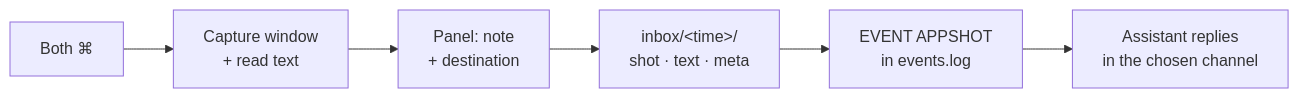
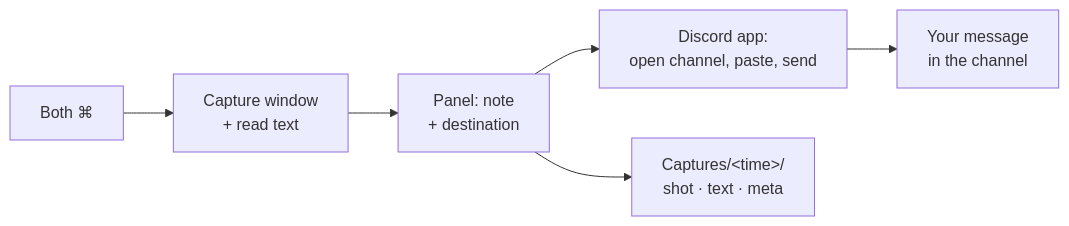
The diagram in README.md (floweredao/appshot), drawn with Mermaid before and after one commit. The commit also changed other lines of this file and 16 other files, not shown here.

````diff
--- a/README.md
+++ b/README.md
@@ -130,8 +130,8 @@
 ```mermaid
 flowchart LR
   A["Both ⌘"] --> B["Capture window<br/>+ read text"]
   B --> C["Panel: note<br/>+ destination"]
-  C --> D["inbox/&lt;time&gt;/<br/>shot · text · meta"]
-  D --> E["EVENT APPSHOT<br/>in events.log"]
-  E --> F["Assistant replies<br/>in the chosen channel"]
+  C --> D["Discord app:<br/>open channel, paste, send"]
+  D --> E["Your message<br/>in the channel"]
+  C --> F["Captures/&lt;time&gt;/<br/>shot · text · meta"]
 ```
````
